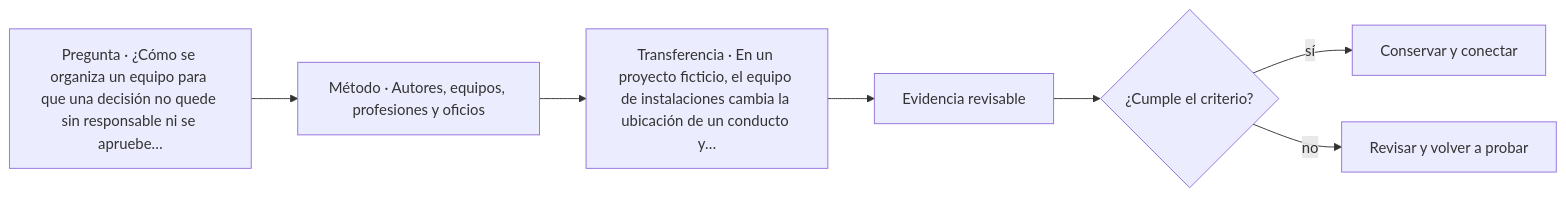
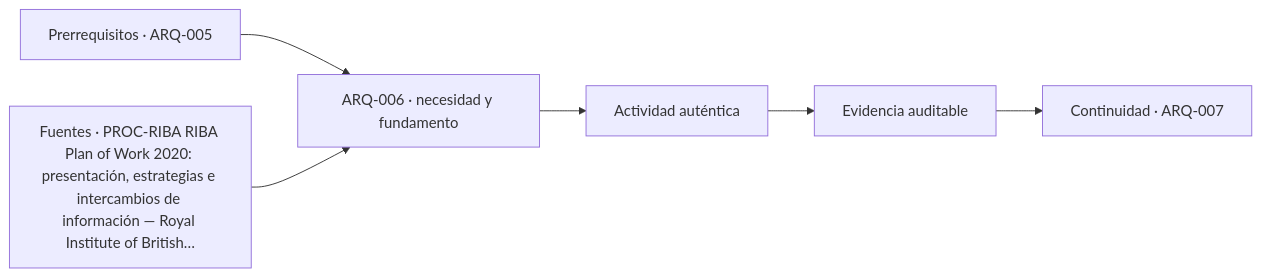
One commit to vladimiracunadev-create/architecture-built-environment-learning-program changed the diagram in classes/parte-01/ARQ-006.md. Above: the diagram before and after it, drawn with Mermaid. The commit also changed other lines of this file and 761 other files, not shown here.

````diff
--- a/classes/parte-01/ARQ-006.md
+++ b/classes/parte-01/ARQ-006.md
@@ -123,9 +135,8 @@
 ```mermaid
 flowchart LR
-    Q["Pregunta · ¿Cómo se organiza un equipo para que una decisión no quede sin responsable ni se apruebe…"] --> M["Método · Autores, equipos, profesiones y oficios"]
-    M --> P["Transferencia · En un proyecto ficticio, el equipo de instalaciones cambia la ubicación de un conducto y…"]
-    P --> E["Evidencia revisable"]
-    E --> C{"¿Cumple el criterio?"}
-    C -->|sí| T["Conservar y conectar"]
-    C -->|no| R["Revisar y volver a probar"]
+    A["Prerrequisitos · ARQ-005"] --> B["ARQ-006 · necesidad y fundamento"]
+    S["Fuentes · PROC-RIBA RIBA Plan of Work 2020: presentación, estrategias e intercambios de información — Royal Institute of British…"] --> B
+    B --> C["Actividad auténtica"]
+    C --> D["Evidencia auditable"]
+    D --> E["Continuidad · ARQ-007"]
 ```
````
